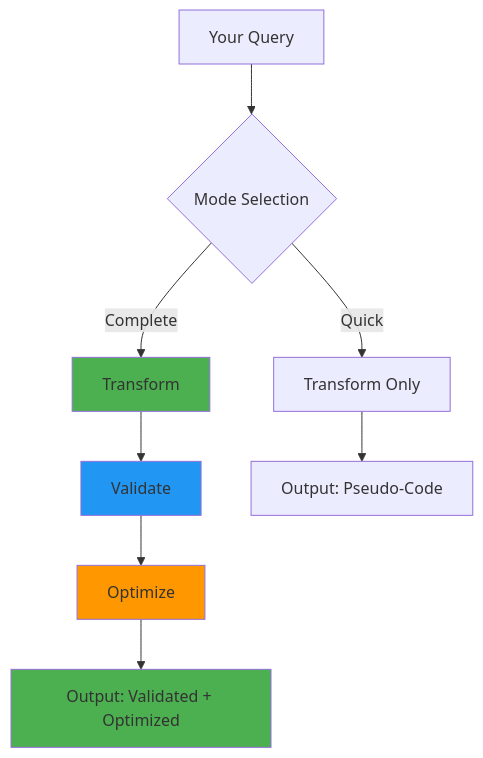
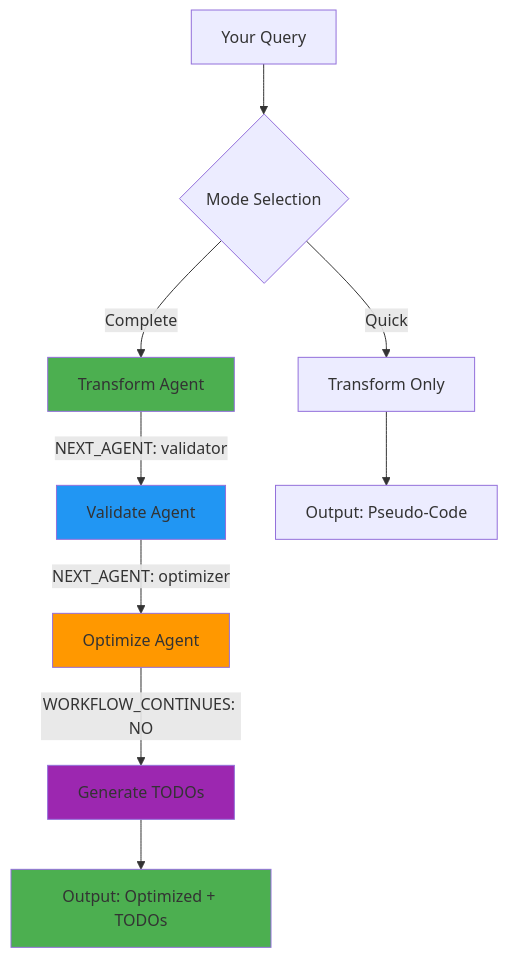
The diagram in docs/complete-process.md (EladAriel/pseudo-code-prompting-plugin), drawn with Mermaid before and after one commit. The commit also changed other lines of this file and 8 other files, not shown here.

Commit message:
add complete workflow support

````diff
--- a/docs/complete-process.md
+++ b/docs/complete-process.md
@@ -27,15 +27,17 @@
 ```mermaid
 flowchart TD
     A[Your Query] --> B{Mode Selection}
     B -->|Quick| C[Transform Only]
-    B -->|Complete| D[Transform]
-    D --> E[Validate]
-    E --> F[Optimize]
-    C --> G[Output: Pseudo-Code]
-    F --> H[Output: Validated + Optimized]
+    B -->|Complete| D[Transform Agent]
+    D -->|NEXT_AGENT: validator| E[Validate Agent]
+    E -->|NEXT_AGENT: optimizer| F[Optimize Agent]
+    F -->|WORKFLOW_CONTINUES: NO| G[Generate TODOs]
+    C --> H[Output: Pseudo-Code]
+    G --> I[Output: Optimized + TODOs]
 
     style D fill:#4CAF50
     style E fill:#2196F3
     style F fill:#FF9800
-    style H fill:#4CAF50
+    style G fill:#9C27B0
+    style I fill:#4CAF50
 ```
````
